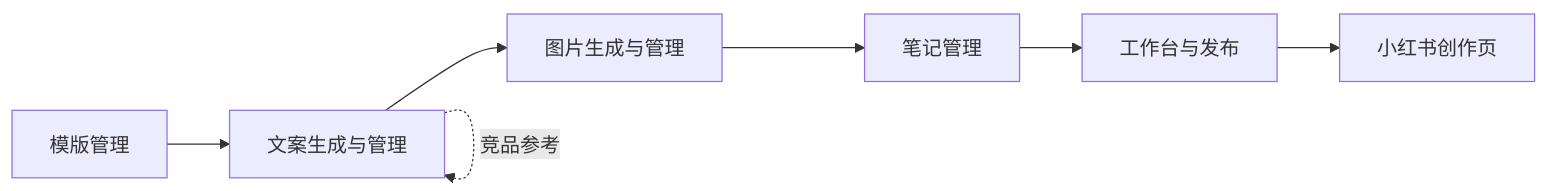
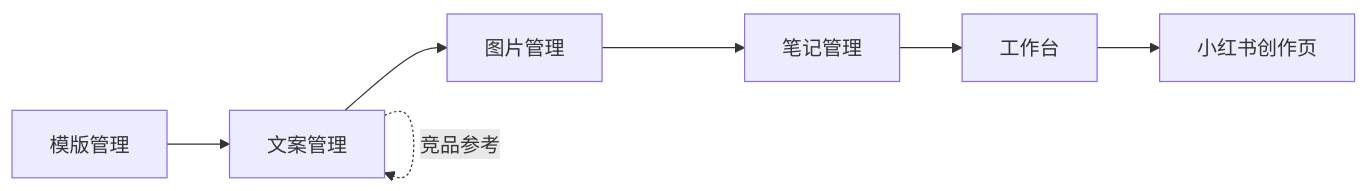
One commit to Pancakeze/xiaohongshu-ops changed the diagram in flowcharts/main-flow-lr.mmd. Above: the diagram before and after it, drawn with Mermaid. The commit also changed 19 other files, not shown here.

```diff
--- a/flowcharts/main-flow-lr.mmd
+++ b/flowcharts/main-flow-lr.mmd
@@ -1,8 +1,8 @@
-%% 小红书运营台 · 主流程简图（横向，与 README Mermaid 一致）
+%% 小红书运营台 · 主流程简图（横向，与 README / prd_v1.3 一致）
 flowchart LR
-  T[模版管理] --> C[文案生成与管理]
-  C --> I[图片生成与管理]
+  T[模版管理] --> C[文案管理]
+  C --> I[图片管理]
   I --> N[笔记管理]
-  N --> W[工作台与发布]
+  N --> W[工作台]
   W --> P[小红书创作页]
   C -.竞品参考.-> C
```
